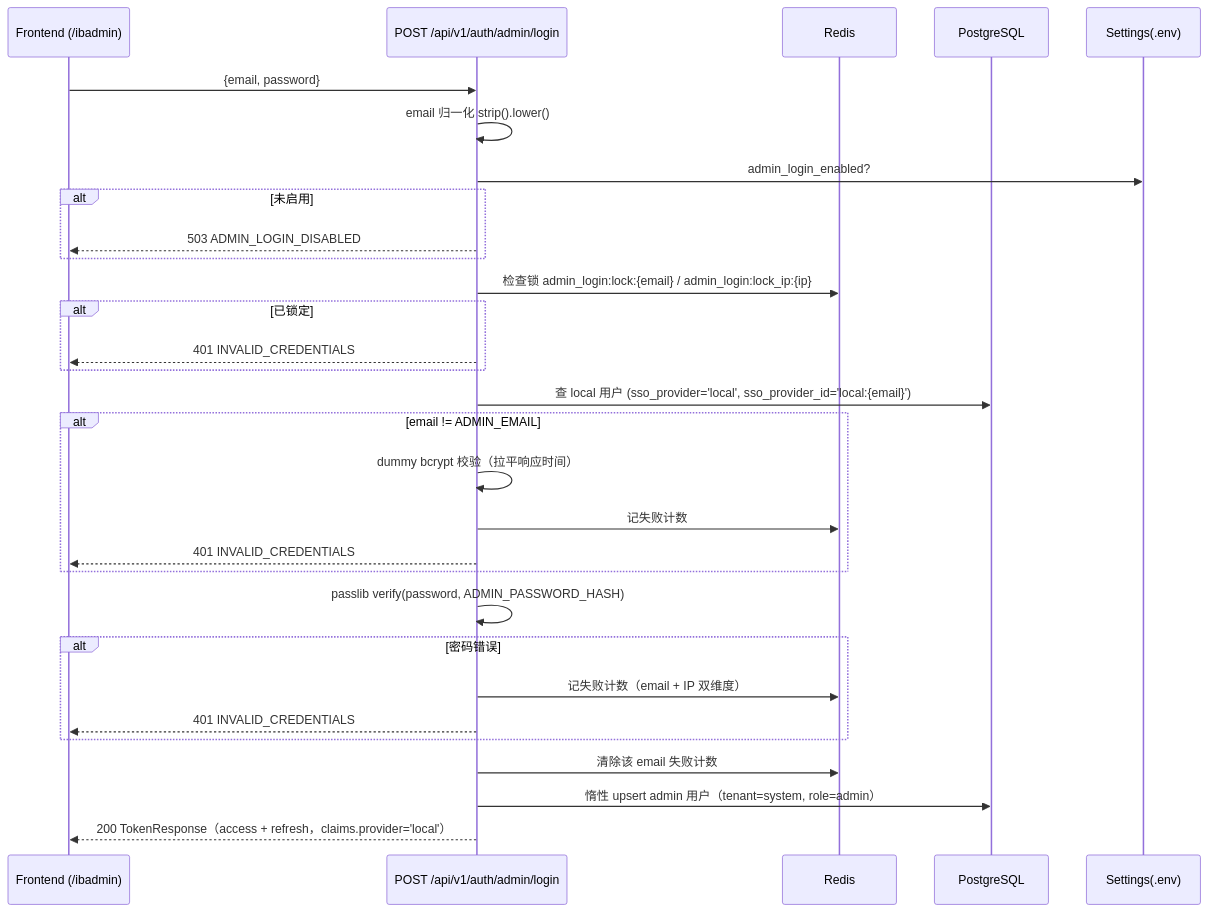
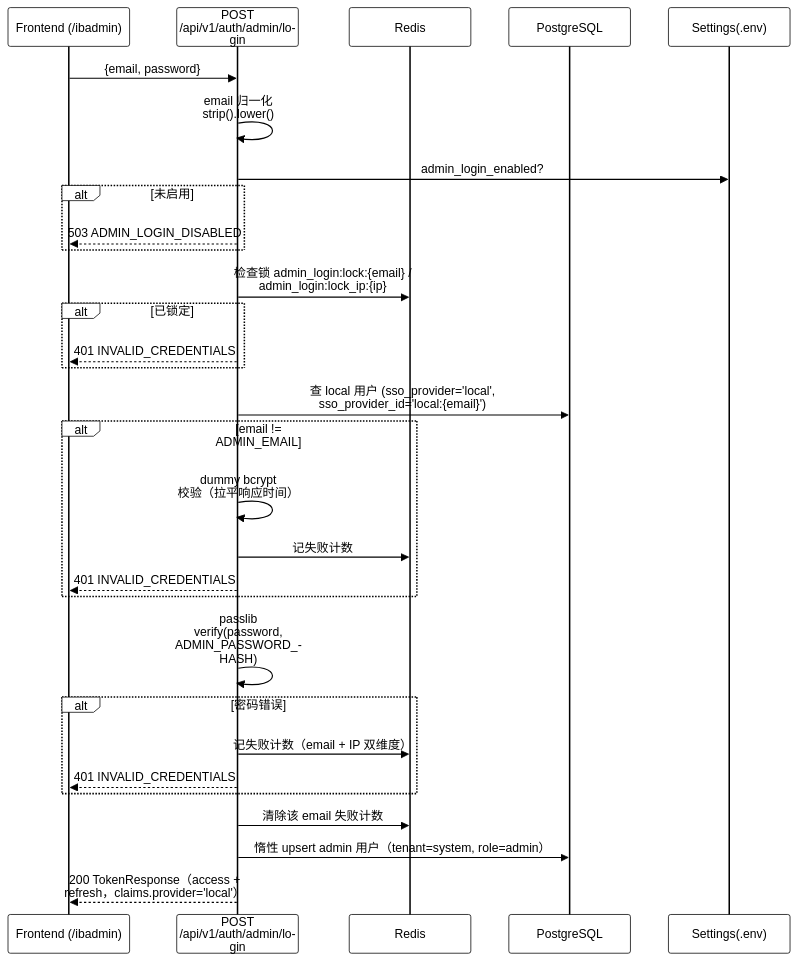
Before and after one commit to onceme/instantboard: the diagram in docs/design/admin-login.md, drawn with Mermaid. The commit also changed 11 other files, not shown here.

Commit message:
docs: unify mermaid diagrams to black-and-white orthogonal style

````diff
--- a/docs/design/admin-login.md
+++ b/docs/design/admin-login.md
@@ -50,33 +50,34 @@
 ```mermaid
+%%{init: {"theme": "base", "themeVariables": {"background": "#ffffff", "actorBkg": "#ffffff", "actorBorder": "#000000", "actorTextColor": "#000000", "actorLineColor": "#000000", "noteBkgColor": "#ffffff", "noteTextColor": "#000000", "noteBorderColor": "#000000", "activationBkgColor": "#ffffff", "activationBorderColor": "#000000", "signalColor": "#000000", "signalTextColor": "#000000", "labelBoxBkgColor": "#ffffff", "labelBoxBorderColor": "#000000", "labelTextColor": "#000000", "loopTextColor": "#000000", "altSectionBkgColor": "#ffffff", "sequenceNumberColor": "#000000", "fontSize": "14px"}, "sequence": {"mirrorActors": true, "actorMargin": 50, "width": 160, "height": 50, "messageMargin": 40, "noteMargin": 10, "boxMargin": 8, "wrap": true}}}%%
 sequenceDiagram
     participant FE as Frontend (/ibadmin)
     participant API as POST /api/v1/auth/admin/login
     participant Redis
     participant DB as PostgreSQL
     participant CFG as Settings(.env)
 
     FE->>API: {email, password}
     API->>API: email 归一化 strip().lower()
     API->>CFG: admin_login_enabled?
     alt 未启用
         API-->>FE: 503 ADMIN_LOGIN_DISABLED
     end
     API->>Redis: 检查锁 admin_login:lock:{email} / admin_login:lock_ip:{ip}
     alt 已锁定
         API-->>FE: 401 INVALID_CREDENTIALS
     end
     API->>DB: 查 local 用户 (sso_provider='local', sso_provider_id='local:{email}')
     alt email != ADMIN_EMAIL
         API->>API: dummy bcrypt 校验（拉平响应时间）
         API->>Redis: 记失败计数
         API-->>FE: 401 INVALID_CREDENTIALS
     end
     API->>API: passlib verify(password, ADMIN_PASSWORD_HASH)
     alt 密码错误
         API->>Redis: 记失败计数（email + IP 双维度）
         API-->>FE: 401 INVALID_CREDENTIALS
     end
     API->>Redis: 清除该 email 失败计数
     API->>DB: 惰性 upsert admin 用户（tenant=system, role=admin）
     API-->>FE: 200 TokenResponse（access + refresh，claims.provider='local'）
 ```
````
